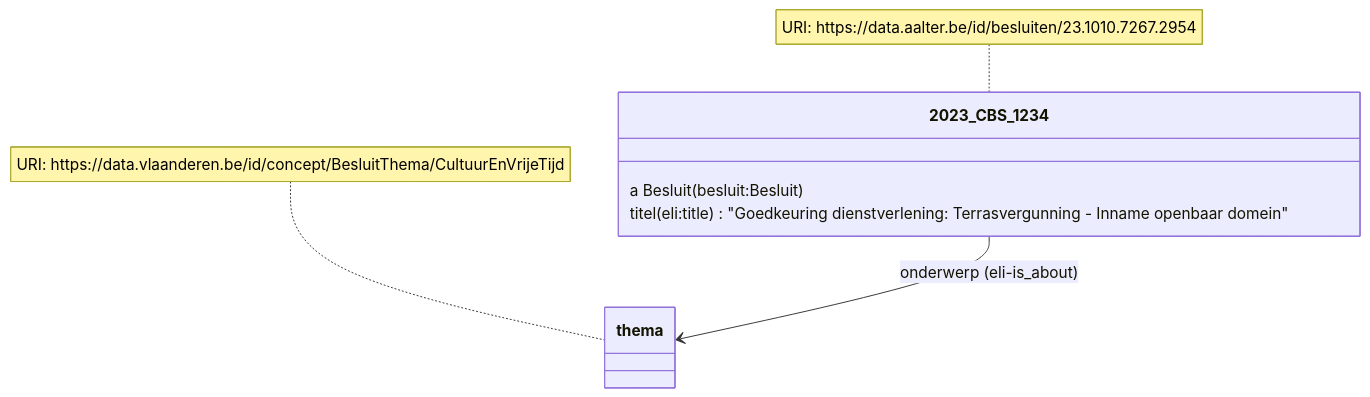
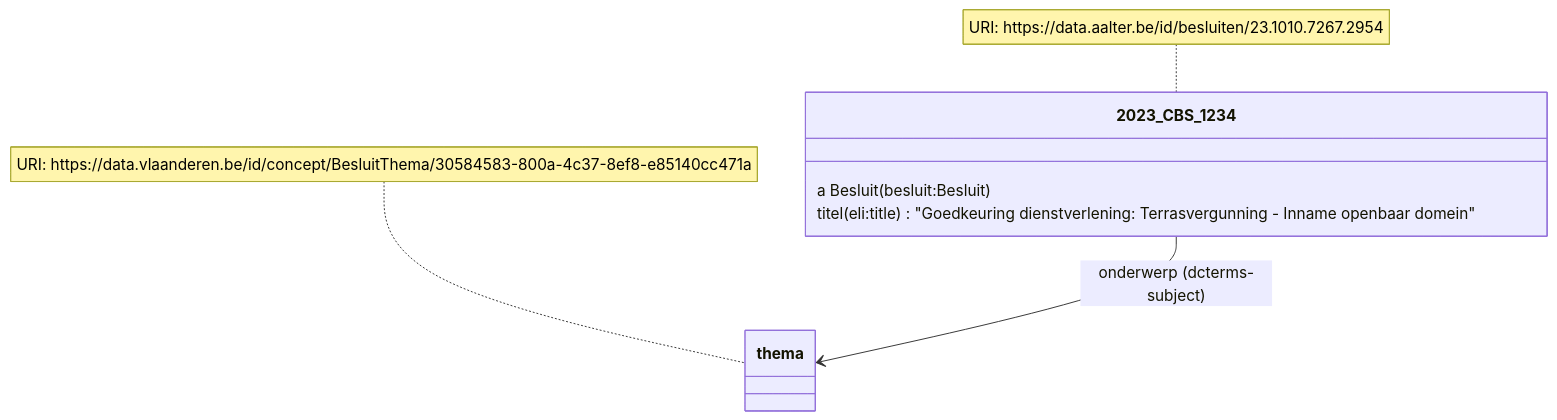
The seventh of 15 diagrams in README.md (Informatievlaanderen/OSLOthema-slimmeRaadpleegOmgeving), drawn with Mermaid before and after one commit. The commit also changed other lines of this file, not shown here.

Commit message:
Fix eli:is_about to dcterms:subject

````diff
--- a/README.md
+++ b/README.md
@@ -246,12 +246,12 @@
 ```mermaid
 classDiagram
-    2023_CBS_1234 --> thema: onderwerp (eli-is_about)
+    2023_CBS_1234 --> thema: onderwerp (dcterms-subject)
     note for 2023_CBS_1234 "URI: https://data.aalter.be/id/besluiten/23.1010.7267.2954"
-    note for thema "URI: https://data.vlaanderen.be/id/concept/BesluitThema/CultuurEnVrijeTijd"
+    note for thema "URI: https://data.vlaanderen.be/id/concept/BesluitThema/30584583-800a-4c37-8ef8-e85140cc471a"
     class 2023_CBS_1234 {
       a Besluit (besluit:Besluit)
       titel (eli:title) "Goedkeuring dienstverlening: Terrasvergunning - Inname openbaar domein"
     }
     class thema {
     }
 ```
````
